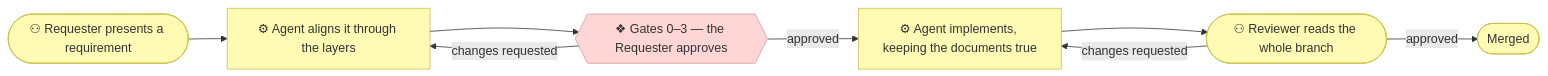
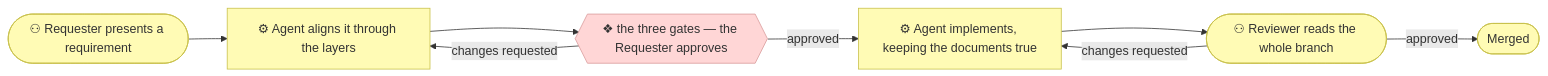
The diagram in docs/method.md (roanboc/archreator), drawn with Mermaid before and after one commit. The commit also changed other lines of this file and 32 other files, not shown here.

````diff
--- a/docs/method.md
+++ b/docs/method.md
@@ -104,20 +123,20 @@
 ```mermaid
 flowchart LR
   req(["⚇ Requester presents a requirement"])
   align["⚙ Agent aligns it through the layers"]
-  gates{{"❖ Gates 0–3 — the Requester approves"}}
+  gates{{"❖ the three gates — the Requester approves"}}
   build["⚙ Agent implements, keeping the documents true"]
   rev(["⚇ Reviewer reads the whole branch"])
   merged(["Merged"])
 
   req --> align --> gates
   gates -->|changes requested| align
   gates -->|approved| build --> rev
   rev -->|changes requested| build
   rev -->|approved| merged
 
   classDef business fill:#fffbb5,stroke:#c8c04a,color:#333
   classDef implementation fill:#ffd6d6,stroke:#d99b9b,color:#333
   class req,align,build,rev,merged business
   class gates implementation
 ```
````
